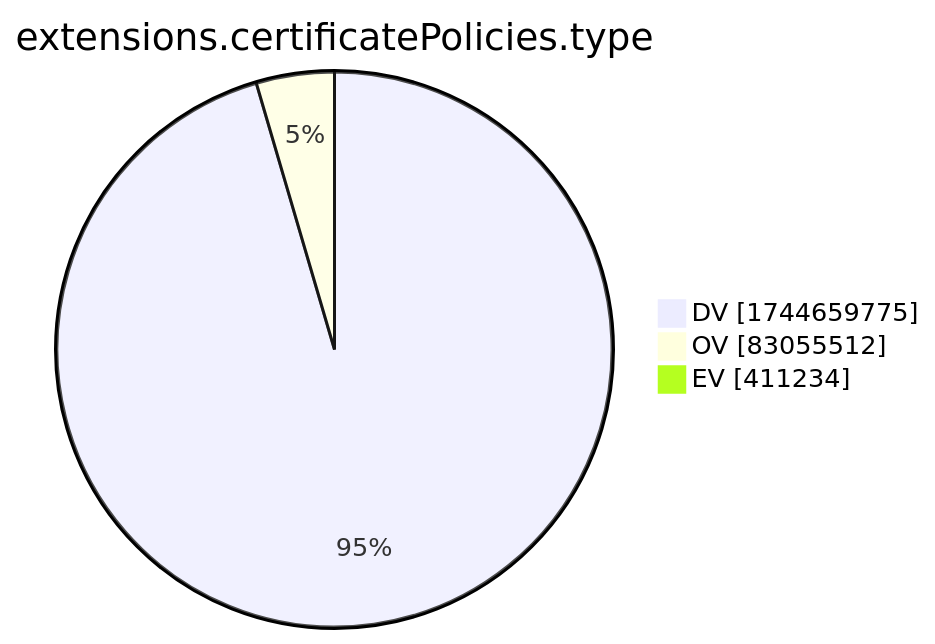
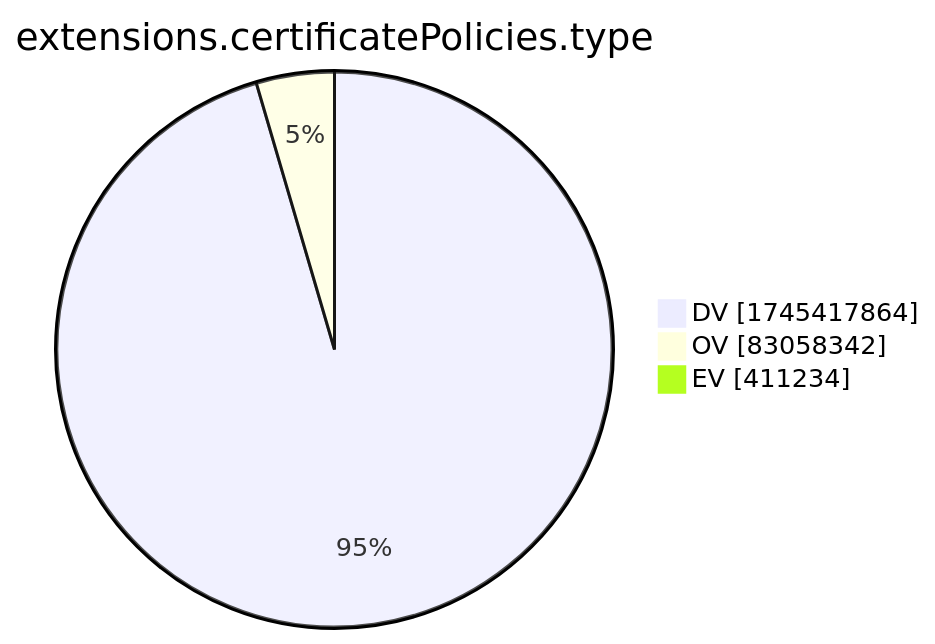
One commit to christiankrug/ctmonitor_visualization changed the tenth of 15 diagrams in xenon2022/README.md. Above: the diagram before and after it, drawn with Mermaid. The commit also changed other lines of this file, not shown here.

````diff
--- a/xenon2022/README.md
+++ b/xenon2022/README.md
@@ -2881,7 +2881,7 @@
 ```mermaid
 pie showData
 title extensions.certificatePolicies.type
-"DV" :1744659775
-"OV" :83055512
+"DV" :1745417864
+"OV" :83058342
 "EV" :411234
 ```
````
